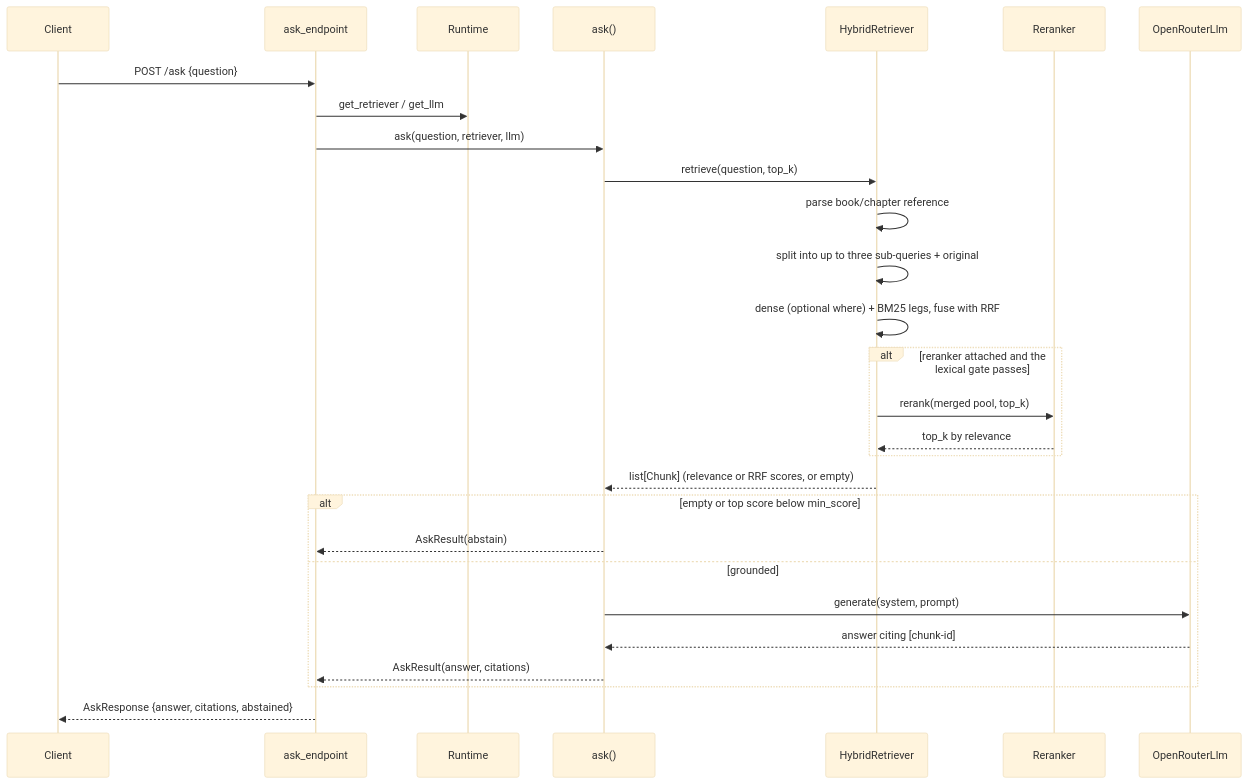
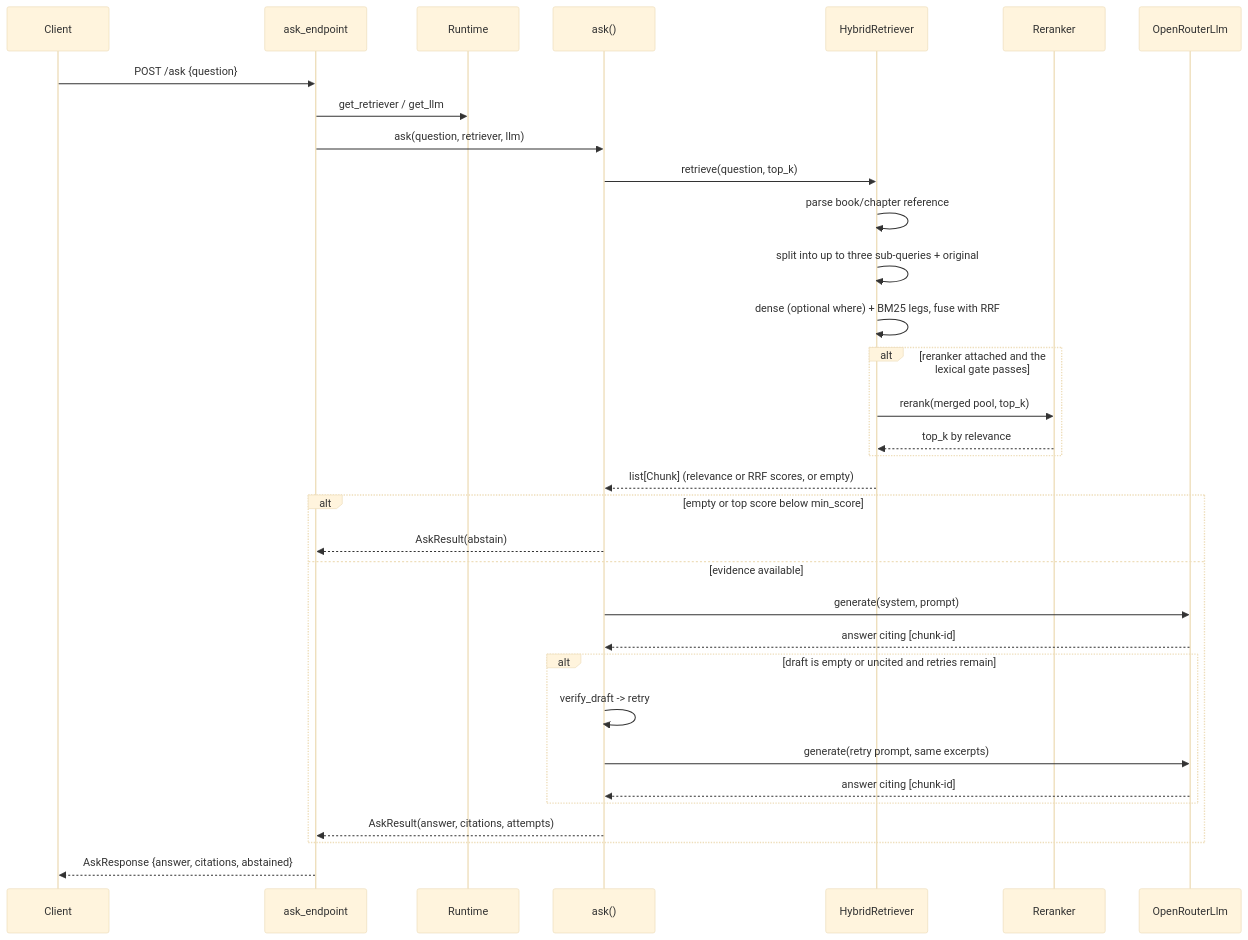
One commit to monitus2022/owl-online changed the third of 5 diagrams in docs/architecture.md. Above: the diagram before and after it, drawn with Mermaid (base theme). The commit also changed other lines of this file and 14 other files, not shown here.

````diff
--- a/docs/architecture.md
+++ b/docs/architecture.md
@@ -162,31 +162,36 @@
 ```mermaid
 sequenceDiagram
   participant C as Client
   participant API as ask_endpoint
   participant R as Runtime
   participant A as ask()
   participant RET as HybridRetriever
   participant RR as Reranker
   participant LLM as OpenRouterLlm
 
   C->>API: POST /ask {question}
   API->>R: get_retriever / get_llm
   API->>A: ask(question, retriever, llm)
   A->>RET: retrieve(question, top_k)
   RET->>RET: parse book/chapter reference
   RET->>RET: split into up to three sub-queries + original
   RET->>RET: dense (optional where) + BM25 legs, fuse with RRF
   alt reranker attached and the lexical gate passes
     RET->>RR: rerank(merged pool, top_k)
     RR-->>RET: top_k by relevance
   end
   RET-->>A: list[Chunk] (relevance or RRF scores, or empty)
   alt empty or top score below min_score
     A-->>API: AskResult(abstain)
-  else grounded
+  else evidence available
     A->>LLM: generate(system, prompt)
     LLM-->>A: answer citing [chunk-id]
-    A-->>API: AskResult(answer, citations)
+    alt draft is empty or uncited and retries remain
+      A->>A: verify_draft -> retry
+      A->>LLM: generate(retry prompt, same excerpts)
+      LLM-->>A: answer citing [chunk-id]
+    end
+    A-->>API: AskResult(answer, citations, attempts)
   end
   API-->>C: AskResponse {answer, citations, abstained}
 ```
````
